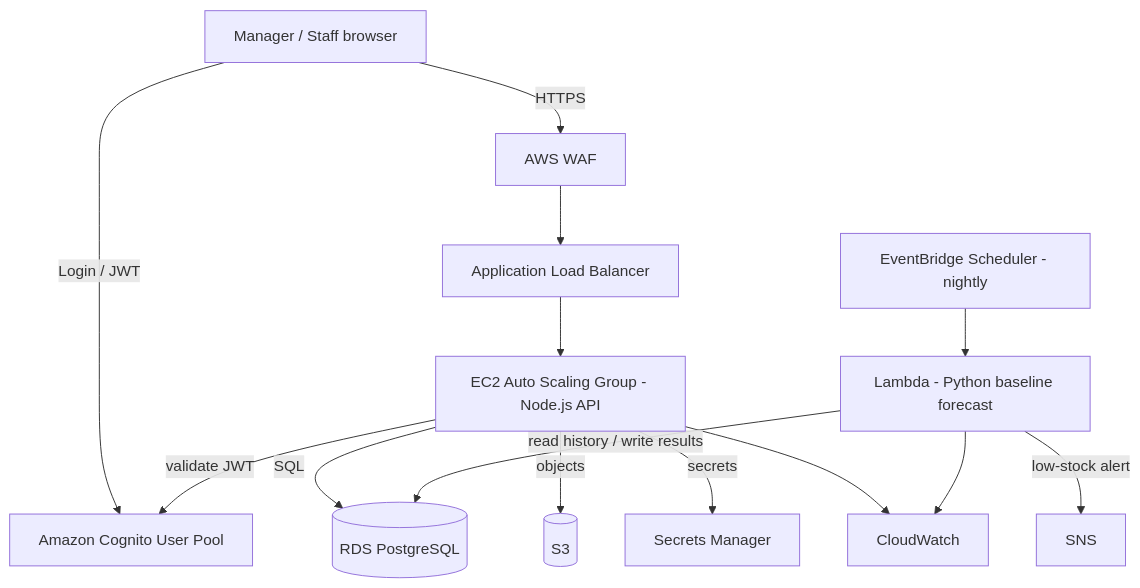
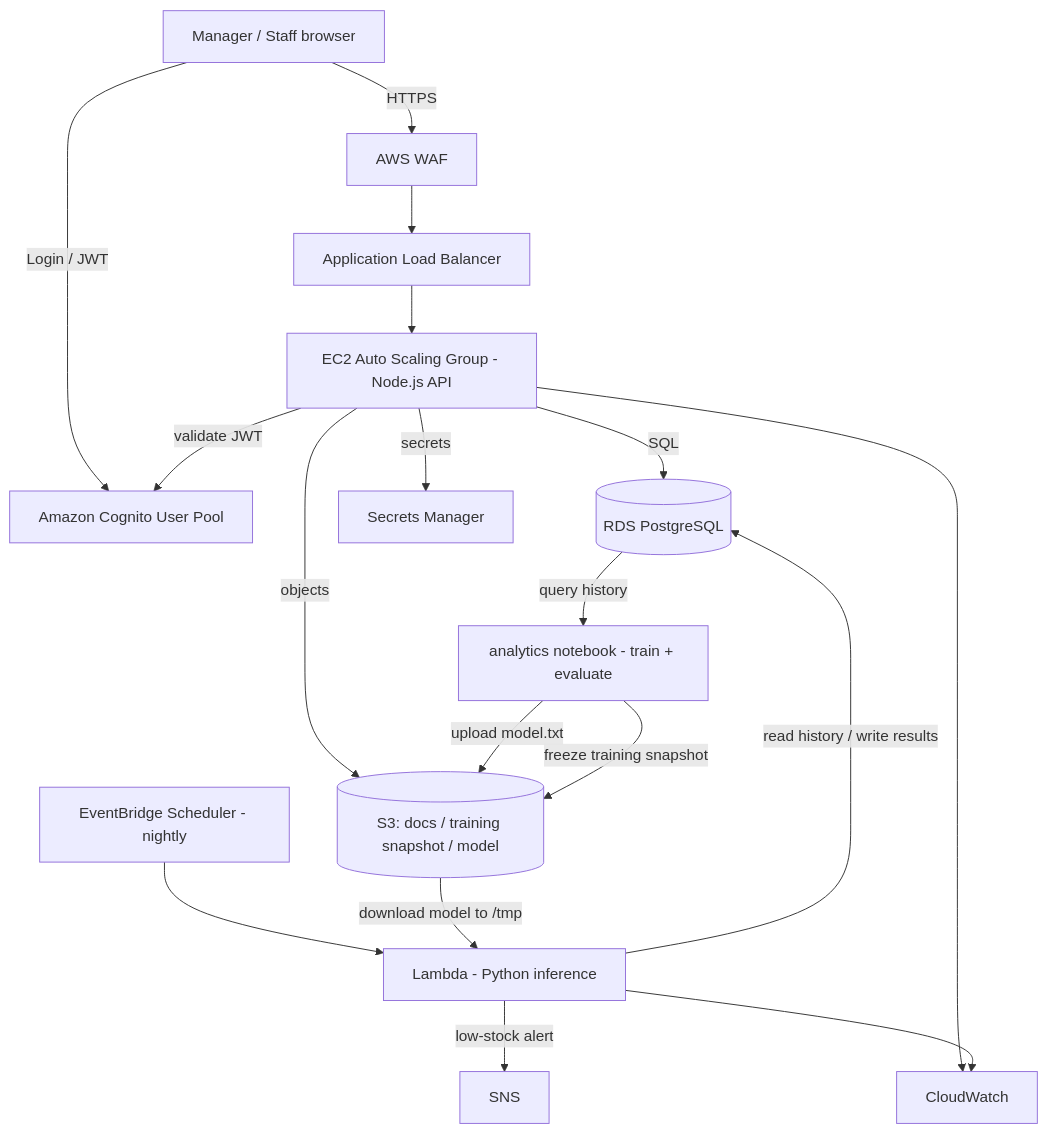
One commit to r4ihn/INF2006_TeamProject_1_Grp4 changed the diagram in docs/implementation-plan.md. Above: the diagram before and after it, drawn with Mermaid. The commit also changed other lines of this file, not shown here.

````diff
--- a/docs/implementation-plan.md
+++ b/docs/implementation-plan.md
@@ -49,16 +62,20 @@
 ```mermaid
 flowchart TD
     User[Manager / Staff browser] -->|HTTPS| WAF[AWS WAF]
     WAF --> ALB[Application Load Balancer]
     ALB --> ASG[EC2 Auto Scaling Group - Node.js API]
     User -->|Login / JWT| Cognito[Amazon Cognito User Pool]
     ASG -->|validate JWT| Cognito
     ASG -->|SQL| RDS[(RDS PostgreSQL)]
-    ASG -->|objects| S3[(S3)]
+    ASG -->|objects| S3[(S3: docs / training snapshot / model)]
     ASG -->|secrets| SM[Secrets Manager]
-    EB[EventBridge Scheduler - nightly] --> LF[Lambda - Python baseline forecast]
+    NB[analytics notebook - train + evaluate] -->|upload model.txt| S3
+    NB -->|freeze training snapshot| S3
+    RDS -->|query history| NB
+    EB[EventBridge Scheduler - nightly] --> LF[Lambda - Python inference]
+    S3 -->|download model to /tmp| LF
     LF -->|read history / write results| RDS
     LF -->|low-stock alert| SNS[SNS]
     ASG --> CW[CloudWatch]
     LF --> CW
 ```
````
